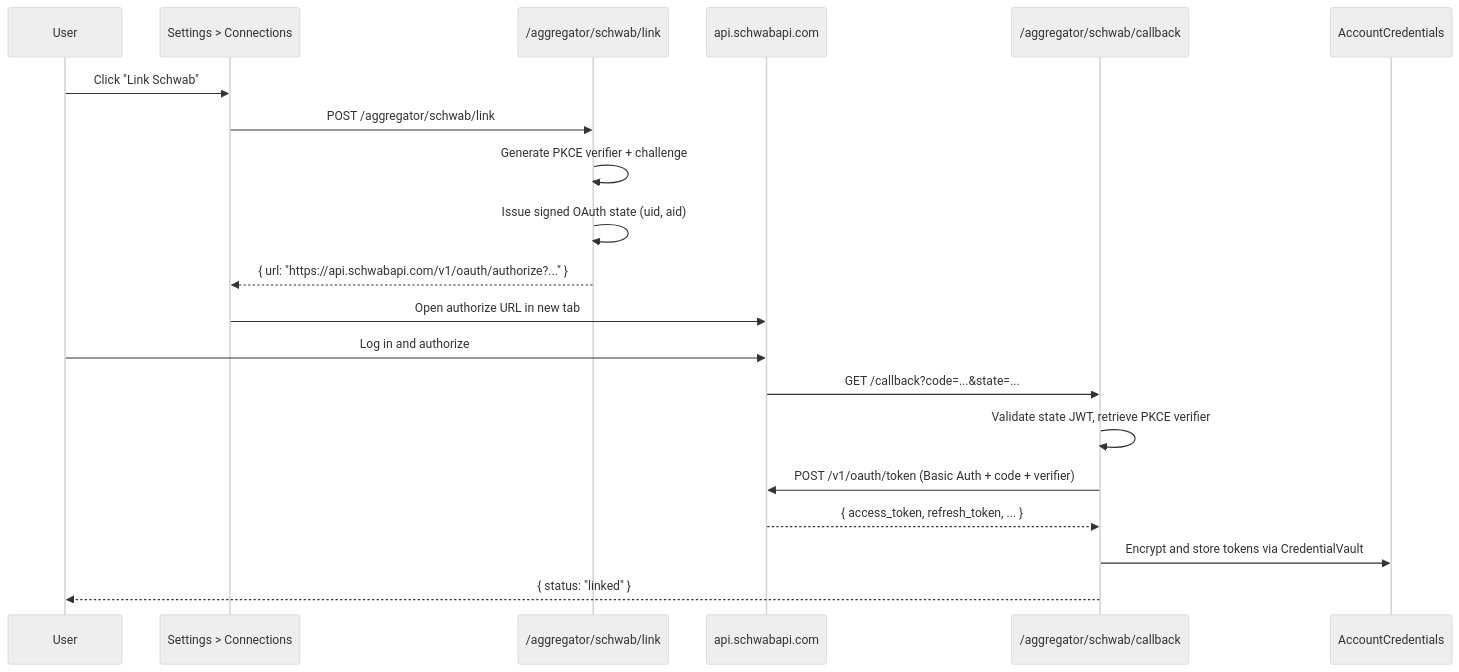
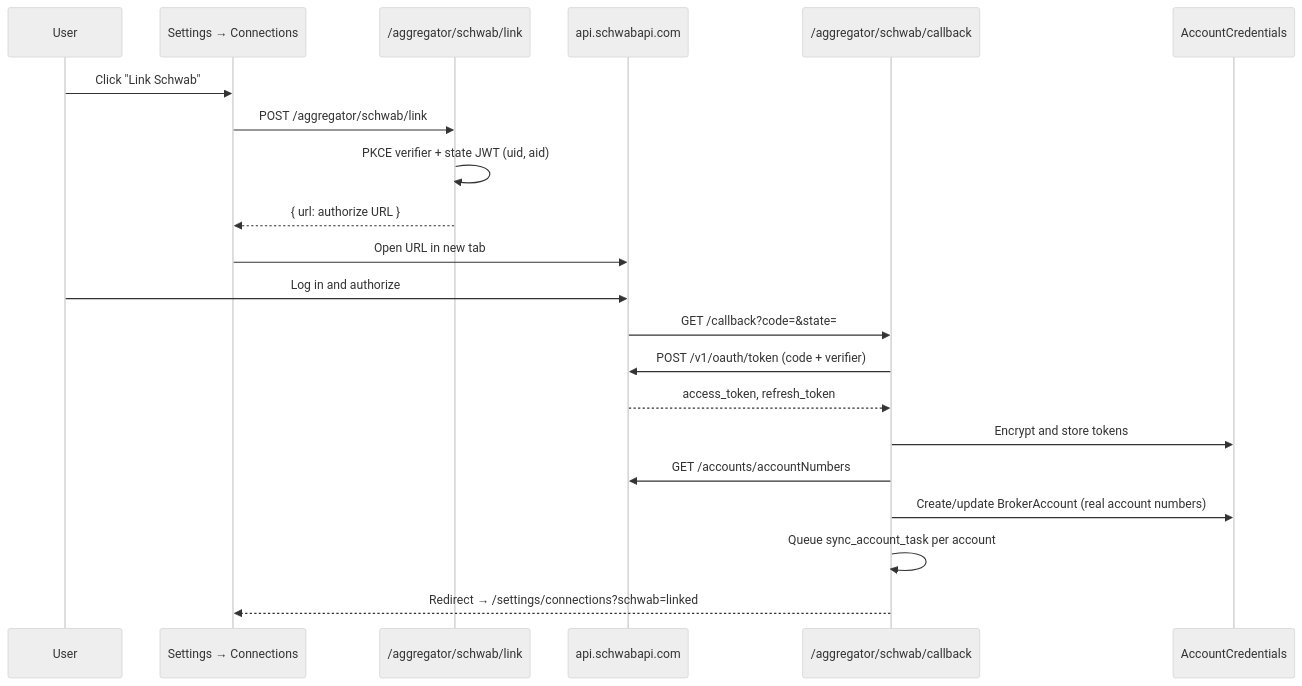
The seventh of 8 diagrams in docs/CONNECTIONS.md (paperwork-labs/paperwork), drawn with Mermaid (neutral theme) before and after one commit. The commit also changed other lines of this file and 15 other files, not shown here.

````diff
--- a/docs/CONNECTIONS.md
+++ b/docs/CONNECTIONS.md
@@ -228,23 +297,24 @@
 ```mermaid
 sequenceDiagram
     participant User
-    participant Frontend as Settings > Connections
+    participant Frontend as Settings → Connections
     participant Backend as /aggregator/schwab/link
     participant Schwab as api.schwabapi.com
     participant Callback as /aggregator/schwab/callback
     participant DB as AccountCredentials
 
     User->>Frontend: Click "Link Schwab"
     Frontend->>Backend: POST /aggregator/schwab/link
-    Backend->>Backend: Generate PKCE verifier + challenge
-    Backend->>Backend: Issue signed OAuth state (uid, aid)
-    Backend-->>Frontend: { url: "https://api.schwabapi.com/v1/oauth/authorize?..." }
-    Frontend->>Schwab: Open authorize URL in new tab
+    Backend->>Backend: PKCE verifier + state JWT (uid, aid)
+    Backend-->>Frontend: { url: authorize URL }
+    Frontend->>Schwab: Open URL in new tab
     User->>Schwab: Log in and authorize
-    Schwab->>Callback: GET /callback?code=...&state=...
-    Callback->>Callback: Validate state JWT, retrieve PKCE verifier
-    Callback->>Schwab: POST /v1/oauth/token (Basic Auth + code + verifier)
-    Schwab-->>Callback: { access_token, refresh_token, ... }
-    Callback->>DB: Encrypt and store tokens via CredentialVault
-    Callback-->>User: { status: "linked" }
+    Schwab->>Callback: GET /callback?code=&state=
+    Callback->>Schwab: POST /v1/oauth/token (code + verifier)
+    Schwab-->>Callback: access_token, refresh_token
+    Callback->>DB: Encrypt and store tokens
+    Callback->>Schwab: GET /accounts/accountNumbers
+    Callback->>DB: Create/update BrokerAccount (real account numbers)
+    Callback->>Callback: Queue sync_account_task per account
+    Callback-->>Frontend: Redirect → /settings/connections?schwab=linked
 ```
````
